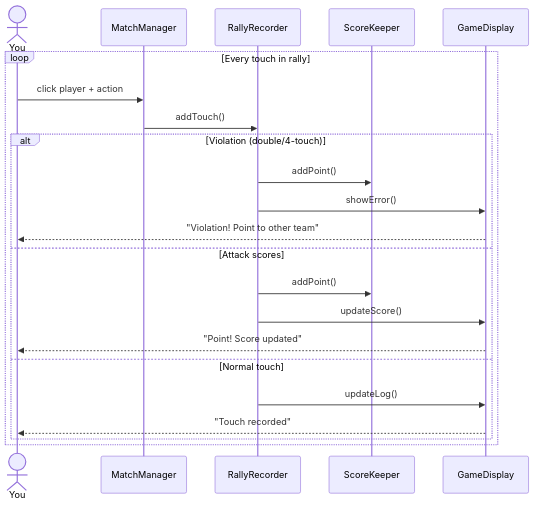
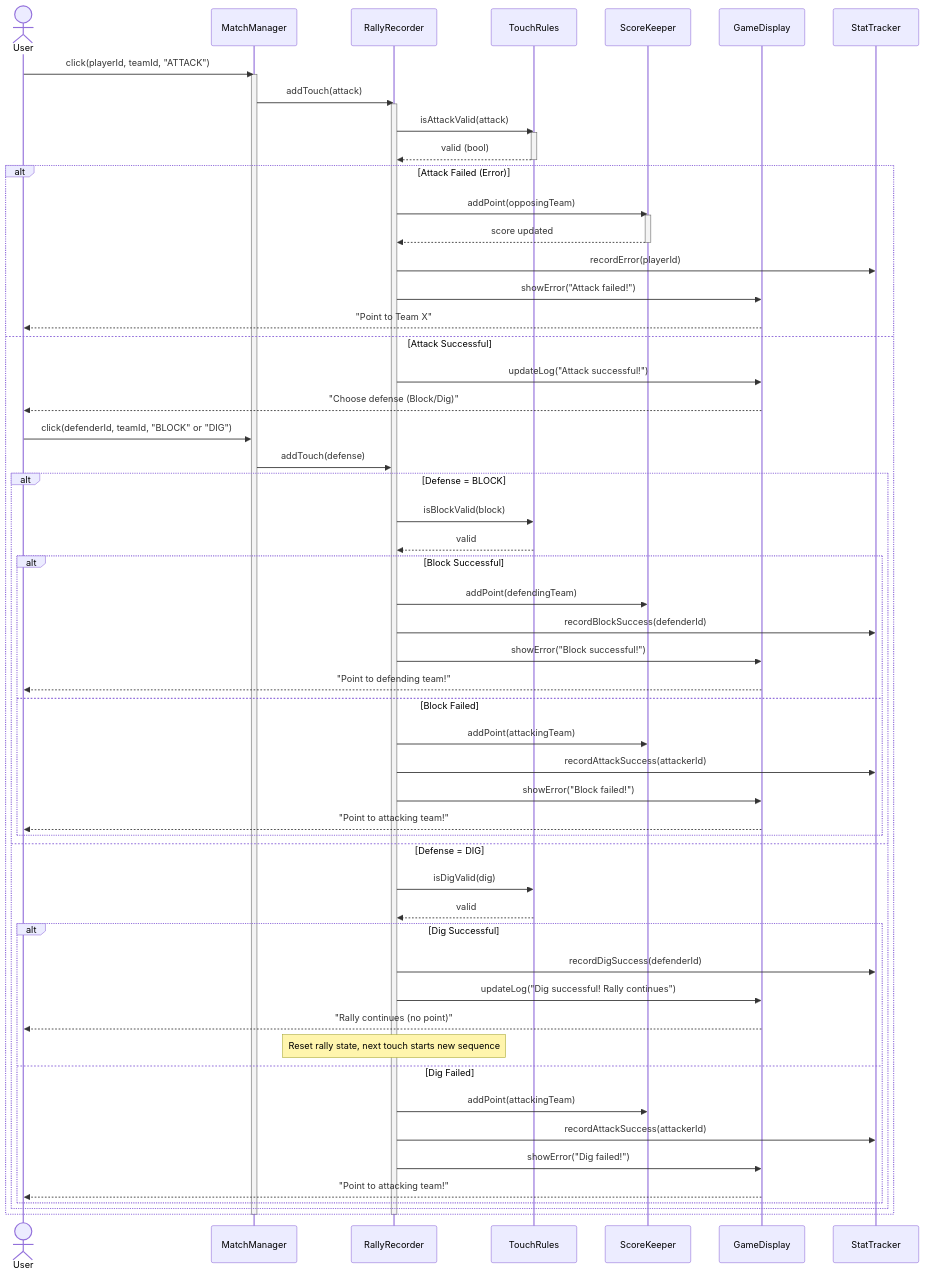
The second of 2 diagrams in README.md (BSCpE-2-Software-Design/Beach-Volleyball-Analyzer), drawn with Mermaid before and after one commit. The commit also changed other lines of this file, not shown here.

First line of the commit message:
Update diagrams in README for improved clarity

````diff
--- a/README.md
+++ b/README.md
@@ -48,26 +107,75 @@
 ```mermaid
 sequenceDiagram
-    actor You
+    actor User
     participant MatchManager
     participant RallyRecorder
+    participant TouchRules
     participant ScoreKeeper
     participant GameDisplay
+    participant StatTracker
 
-    loop Every touch in rally
-        You->>MatchManager: click player + action
-        MatchManager->>RallyRecorder: addTouch()
+    User->>MatchManager: click(playerId, teamId, "ATTACK")
+    activate MatchManager
+    
+    MatchManager->>RallyRecorder: addTouch(attack)
+    activate RallyRecorder
+    
+    RallyRecorder->>TouchRules: isAttackValid(attack)
+    activate TouchRules
+    TouchRules-->>RallyRecorder: valid (bool)
+    deactivate TouchRules
+
+    alt Attack Failed (Error)
+        RallyRecorder->>ScoreKeeper: addPoint(opposingTeam)
+        activate ScoreKeeper
+        ScoreKeeper-->>RallyRecorder: score updated
+        deactivate ScoreKeeper
         
-        alt Violation (double/4-touch)
-            RallyRecorder->>ScoreKeeper: addPoint()
-            RallyRecorder->>GameDisplay: showError()
-            GameDisplay-->>You: "Violation! Point to other team"
-        else Attack scores
-            RallyRecorder->>ScoreKeeper: addPoint()
-            RallyRecorder->>GameDisplay: updateScore()
-            GameDisplay-->>You: "Point! Score updated"
-        else Normal touch
-            RallyRecorder->>GameDisplay: updateLog()
-            GameDisplay-->>You: "Touch recorded"
+        RallyRecorder->>StatTracker: recordError(playerId)
+        RallyRecorder->>GameDisplay: showError("Attack failed!")
+        GameDisplay-->>User: "Point to Team X"
+        
+    else Attack Successful
+        RallyRecorder->>GameDisplay: updateLog("Attack successful!")
+        GameDisplay-->>User: "Choose defense (Block/Dig)"
+        
+        User->>MatchManager: click(defenderId, teamId, "BLOCK" or "DIG")
+        MatchManager->>RallyRecorder: addTouch(defense)
+        
+        alt Defense = BLOCK
+            RallyRecorder->>TouchRules: isBlockValid(block)
+            TouchRules-->>RallyRecorder: valid
+            
+            alt Block Successful
+                RallyRecorder->>ScoreKeeper: addPoint(defendingTeam)
+                RallyRecorder->>StatTracker: recordBlockSuccess(defenderId)
+                RallyRecorder->>GameDisplay: showError("Block successful!")
+                GameDisplay-->>User: "Point to defending team!"
+            else Block Failed
+                RallyRecorder->>ScoreKeeper: addPoint(attackingTeam)
+                RallyRecorder->>StatTracker: recordAttackSuccess(attackerId)
+                RallyRecorder->>GameDisplay: showError("Block failed!")
+                GameDisplay-->>User: "Point to attacking team!"
+            end
+            
+        else Defense = DIG
+            RallyRecorder->>TouchRules: isDigValid(dig)
+            TouchRules-->>RallyRecorder: valid
+            
+            alt Dig Successful
+                RallyRecorder->>StatTracker: recordDigSuccess(defenderId)
+                RallyRecorder->>GameDisplay: updateLog("Dig successful! Rally continues")
+                GameDisplay-->>User: "Rally continues (no point)"
+                Note over RallyRecorder: Reset rally state, next touch starts new sequence
+            else Dig Failed
+                RallyRecorder->>ScoreKeeper: addPoint(attackingTeam)
+                RallyRecorder->>StatTracker: recordAttackSuccess(attackerId)
+                RallyRecorder->>GameDisplay: showError("Dig failed!")
+                GameDisplay-->>User: "Point to attacking team!"
+            end
         end
     end
+    
+    deactivate RallyRecorder
+    deactivate MatchManager
 ```
````
